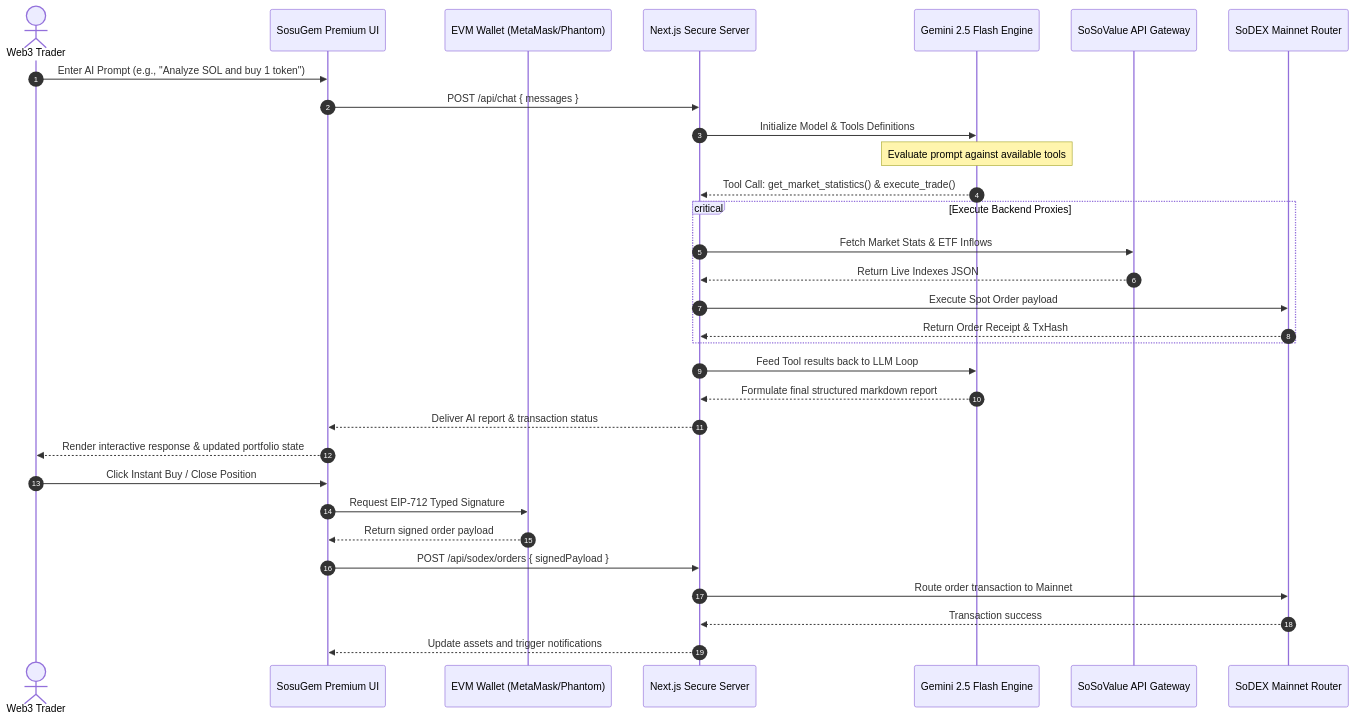
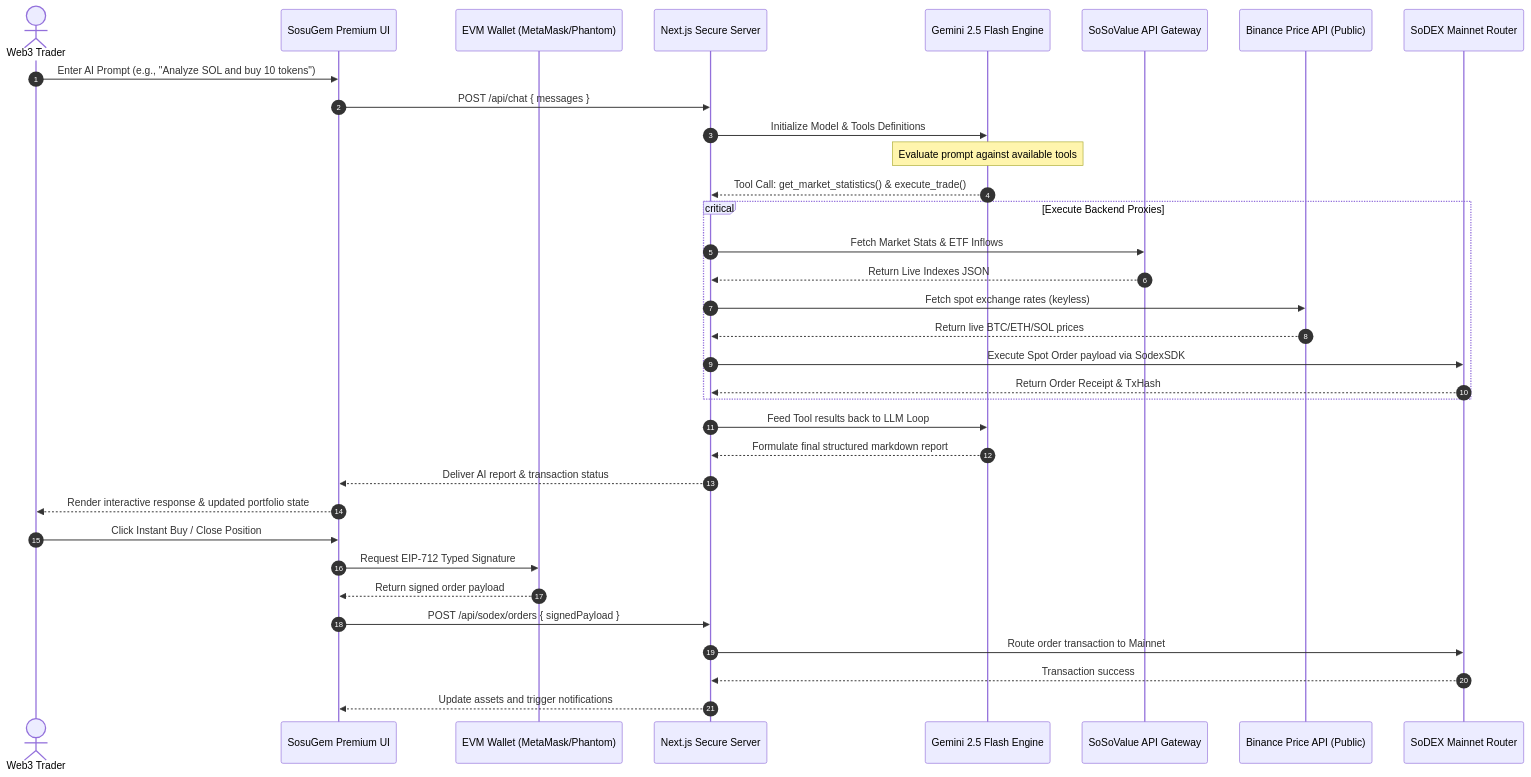
The diagram in README.md (Cyptoboy777/sosogem), drawn with Mermaid before and after one commit. The commit also changed other lines of this file, not shown here.

````diff
--- a/README.md
+++ b/README.md
@@ -20,40 +20,43 @@
 ```mermaid
 sequenceDiagram
     autonumber
     actor User as Web3 Trader
     participant UI as SosuGem Premium UI
     participant Wallet as EVM Wallet (MetaMask/Phantom)
     participant NextSrv as Next.js Secure Server
     participant Gemini as Gemini 2.5 Flash Engine
     participant SoSoValue as SoSoValue API Gateway
+    participant Binance as Binance Price API (Public)
     participant SoDEX as SoDEX Mainnet Router
 
     %% AI Research Loop
-    User->>UI: Enter AI Prompt (e.g., "Analyze SOL and buy 1 token")
+    User->>UI: Enter AI Prompt (e.g., "Analyze SOL and buy 10 tokens")
     UI->>NextSrv: POST /api/chat { messages }
     NextSrv->>Gemini: Initialize Model & Tools Definitions
     Note over Gemini: Evaluate prompt against available tools
     Gemini-->>NextSrv: Tool Call: get_market_statistics() & execute_trade()
     
     %% Server Tool Resolution
     critical Execute Backend Proxies
         NextSrv->>SoSoValue: Fetch Market Stats & ETF Inflows
         SoSoValue-->>NextSrv: Return Live Indexes JSON
-        NextSrv->>SoDEX: Execute Spot Order payload
+        NextSrv->>Binance: Fetch spot exchange rates (keyless)
+        Binance-->>NextSrv: Return live BTC/ETH/SOL prices
+        NextSrv->>SoDEX: Execute Spot Order payload via SodexSDK
         SoDEX-->>NextSrv: Return Order Receipt & TxHash
     end
     
     NextSrv->>Gemini: Feed Tool results back to LLM Loop
     Gemini-->>NextSrv: Formulate final structured markdown report
     NextSrv-->>UI: Deliver AI report & transaction status
     UI-->>User: Render interactive response & updated portfolio state
 
     %% Direct Trading Loop
     User->>UI: Click Instant Buy / Close Position
     UI->>Wallet: Request EIP-712 Typed Signature
     Wallet-->>UI: Return signed order payload
     UI->>NextSrv: POST /api/sodex/orders { signedPayload }
     NextSrv->>SoDEX: Route order transaction to Mainnet
     SoDEX-->>NextSrv: Transaction success
     NextSrv-->>UI: Update assets and trigger notifications
 ```
````
